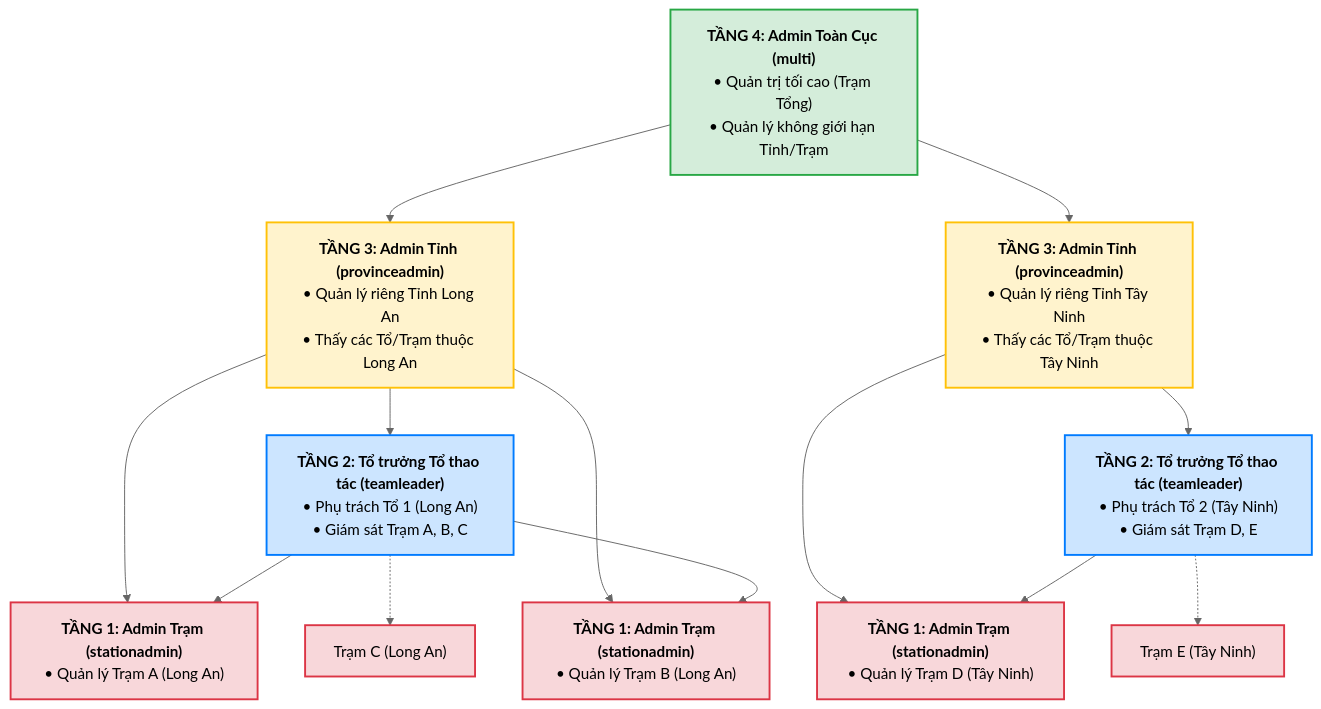
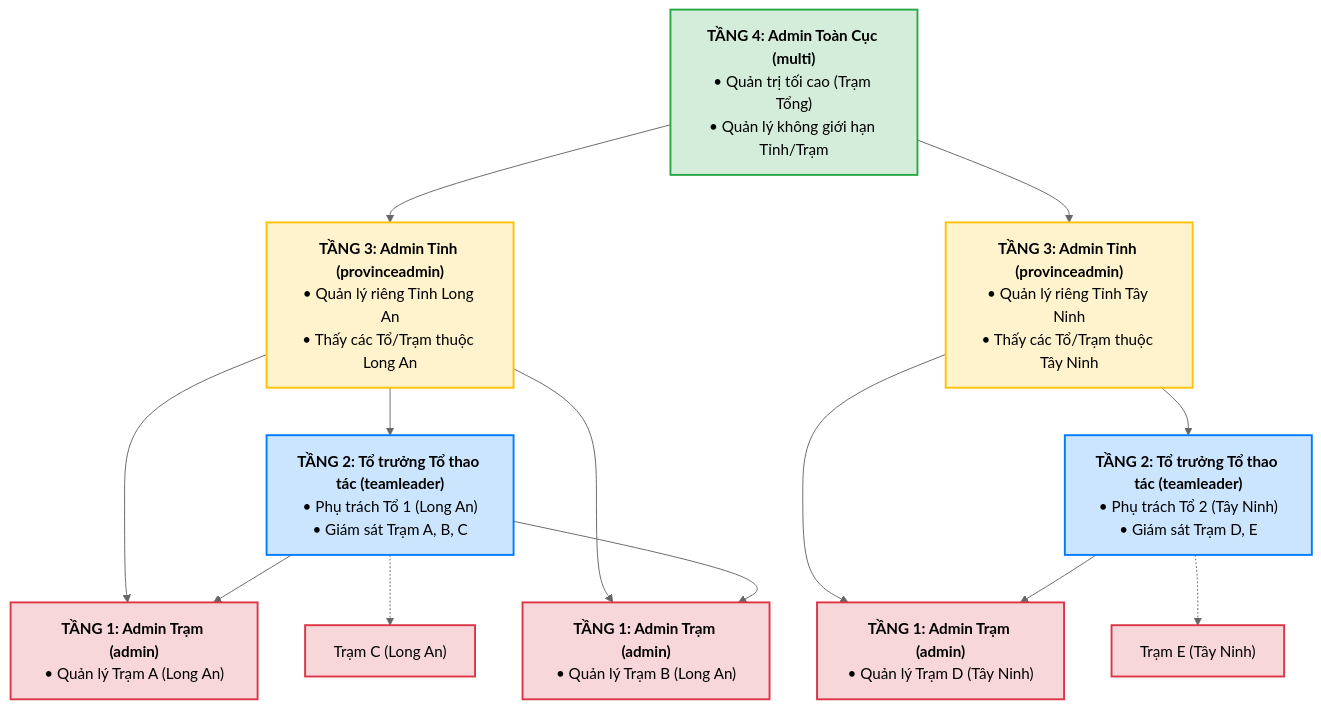
One commit to kennhope13/Master-Station changed the diagram in PhanQuyenHeThong.md. Above: the diagram before and after it, drawn with Mermaid (neutral theme). The commit also changed other lines of this file and 1 other file, not shown here.

Commit message:
docs: standardize default substation admin credentials to admin/Admin@123 in doc files

````diff
--- a/PhanQuyenHeThong.md
+++ b/PhanQuyenHeThong.md
@@ -11,40 +11,40 @@
 ```mermaid
 graph TD
     %% Định nghĩa các lớp màu sắc
     classDef t4 fill:#d4edda,stroke:#28a745,stroke-width:2px;
     classDef t3 fill:#fff3cd,stroke:#ffc107,stroke-width:2px;
     classDef t2 fill:#cce5ff,stroke:#007bff,stroke-width:2px;
     classDef t1 fill:#f8d7da,stroke:#dc3545,stroke-width:2px;
 
     %% Các Node của từng tầng
     T4["<b>TẦNG 4: Admin Toàn Cục (multi)</b><br>• Quản trị tối cao (Trạm Tổng)<br>• Quản lý không giới hạn Tỉnh/Trạm"]:::t4
     
     T3_LA["<b>TẦNG 3: Admin Tỉnh (provinceadmin)</b><br>• Quản lý riêng Tỉnh Long An<br>• Thấy các Tổ/Trạm thuộc Long An"]:::t3
     T3_TN["<b>TẦNG 3: Admin Tỉnh (provinceadmin)</b><br>• Quản lý riêng Tỉnh Tây Ninh<br>• Thấy các Tổ/Trạm thuộc Tây Ninh"]:::t3
     
     T2_LA["<b>TẦNG 2: Tổ trưởng Tổ thao tác (teamleader)</b><br>• Phụ trách Tổ 1 (Long An)<br>• Giám sát Trạm A, B, C"]:::t2
     T2_TN["<b>TẦNG 2: Tổ trưởng Tổ thao tác (teamleader)</b><br>• Phụ trách Tổ 2 (Tây Ninh)<br>• Giám sát Trạm D, E"]:::t2
 
-    T1_A["<b>TẦNG 1: Admin Trạm (stationadmin)</b><br>• Quản lý Trạm A (Long An)"]:::t1
-    T1_B["<b>TẦNG 1: Admin Trạm (stationadmin)</b><br>• Quản lý Trạm B (Long An)"]:::t1
-    T1_D["<b>TẦNG 1: Admin Trạm (stationadmin)</b><br>• Quản lý Trạm D (Tây Ninh)"]:::t1
+    T1_A["<b>TẦNG 1: Admin Trạm (admin)</b><br>• Quản lý Trạm A (Long An)"]:::t1
+    T1_B["<b>TẦNG 1: Admin Trạm (admin)</b><br>• Quản lý Trạm B (Long An)"]:::t1
+    T1_D["<b>TẦNG 1: Admin Trạm (admin)</b><br>• Quản lý Trạm D (Tây Ninh)"]:::t1
 
     %% Các đường liên kết phân cấp
     T4 --> T3_LA
     T4 --> T3_TN
     
     T3_LA --> T2_LA
     T3_TN --> T2_TN
     
     T2_LA --> T1_A
     T2_LA --> T1_B
     T2_LA -.-> T1_C["Trạm C (Long An)"]:::t1
     
     T2_TN --> T1_D
     T2_TN -.-> T1_E["Trạm E (Tây Ninh)"]:::t1
 
     T3_LA --> T1_A
     T3_LA --> T1_B
     
     T3_TN --> T1_D
 ```
````
